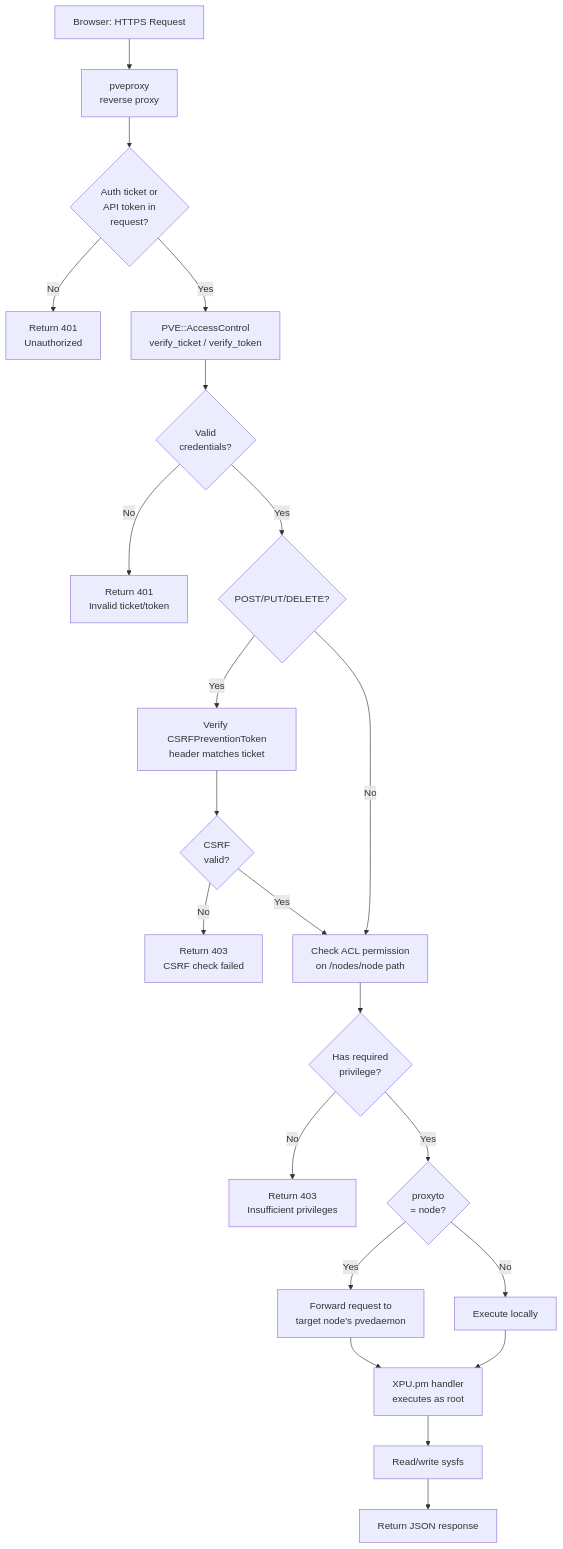
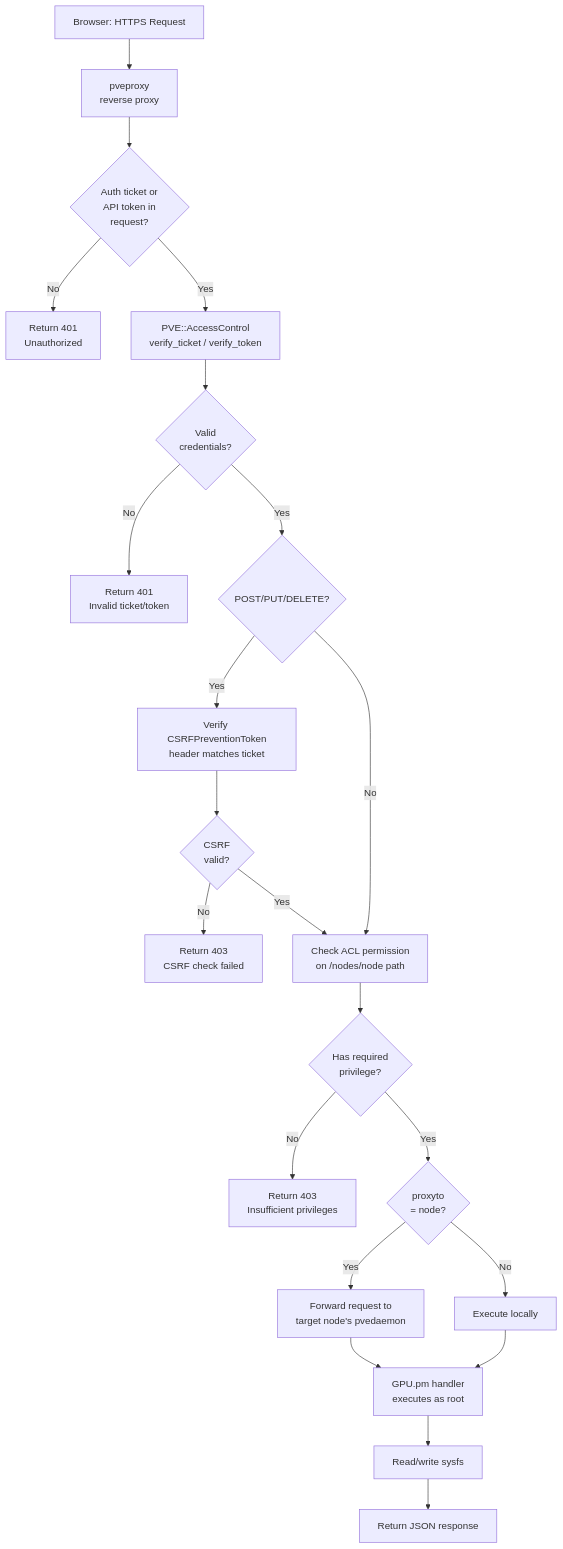
One commit to Azerothian/pmx-gpu-manager changed the sixth of 11 diagrams in docs/designs.md. Above: the diagram before and after it, drawn with Mermaid. The commit also changed other lines of this file and 17 other files, not shown here.

First line of the commit message:
Rename Perl modules and API routes from XPU to GPU

````diff
--- a/docs/designs.md
+++ b/docs/designs.md
@@ -301,24 +301,24 @@
 ```mermaid
 flowchart TD
     A[Browser: HTTPS Request] --> B[pveproxy<br/>reverse proxy]
     B --> C{Auth ticket or<br/>API token in<br/>request?}
     C -- No --> C1[Return 401<br/>Unauthorized]
     C -- Yes --> D[PVE::AccessControl<br/>verify_ticket / verify_token]
     D --> D1{Valid<br/>credentials?}
     D1 -- No --> D2[Return 401<br/>Invalid ticket/token]
     D1 -- Yes --> E{POST/PUT/DELETE?}
     E -- Yes --> F[Verify CSRFPreventionToken<br/>header matches ticket]
     F --> F1{CSRF<br/>valid?}
     F1 -- No --> F2[Return 403<br/>CSRF check failed]
     F1 -- Yes --> G
     E -- No --> G[Check ACL permission<br/>on /nodes/node path]
     G --> G1{Has required<br/>privilege?}
     G1 -- No --> G2[Return 403<br/>Insufficient privileges]
     G1 -- Yes --> H{proxyto<br/>= node?}
     H -- Yes --> I[Forward request to<br/>target node's pvedaemon]
     H -- No --> J[Execute locally]
-    I --> K[XPU.pm handler<br/>executes as root]
+    I --> K[GPU.pm handler<br/>executes as root]
     J --> K
     K --> L[Read/write sysfs]
     L --> M[Return JSON response]
 ```
````
